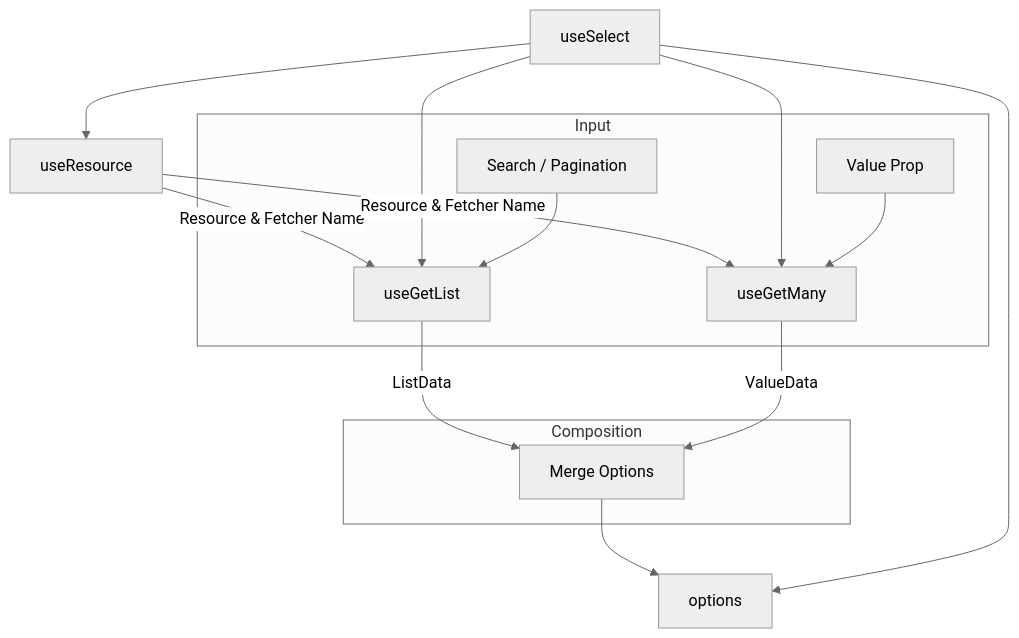
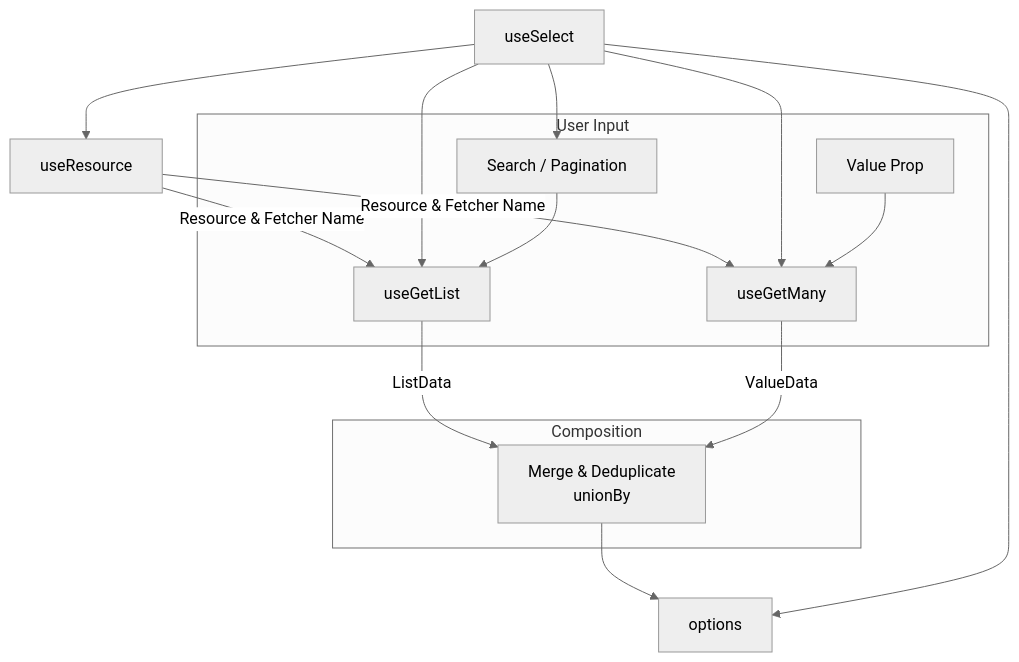
Before and after one commit to aa900031/ginjou: the fifth of 5 diagrams in docs/content/1.guides/2.form.md, drawn with Mermaid (neutral theme). The commit also changed other lines of this file and 173 other files, not shown here.

````diff
--- a/docs/content/1.guides/2.form.md
+++ b/docs/content/1.guides/2.form.md
@@ -273,21 +477,22 @@
 ```mermaid
 graph TD
     A[useSelect] --> B[useResource]
     B -- Resource & Fetcher Name --> C[useGetList]
     B -- Resource & Fetcher Name --> D[useGetMany]
     A --> C
     A --> D
 
-    subgraph Input
+    subgraph User Input
         E[Search / Pagination] --> C
         F[Value Prop] --> D
     end
 
     subgraph Composition
-        C --> |ListData| G[Merge Options]
+        C --> |ListData| G["Merge & Deduplicate<br/>unionBy"]
         D --> |ValueData| G
     end
 
     G --> H[options]
     A --> H
+    A --> E
 ```
````
